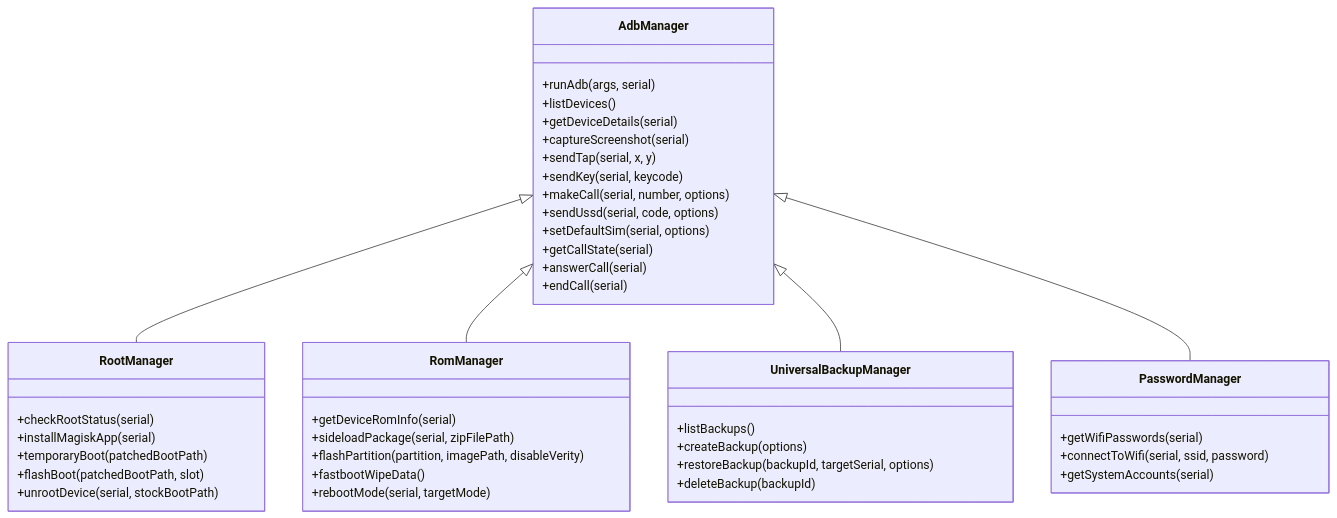
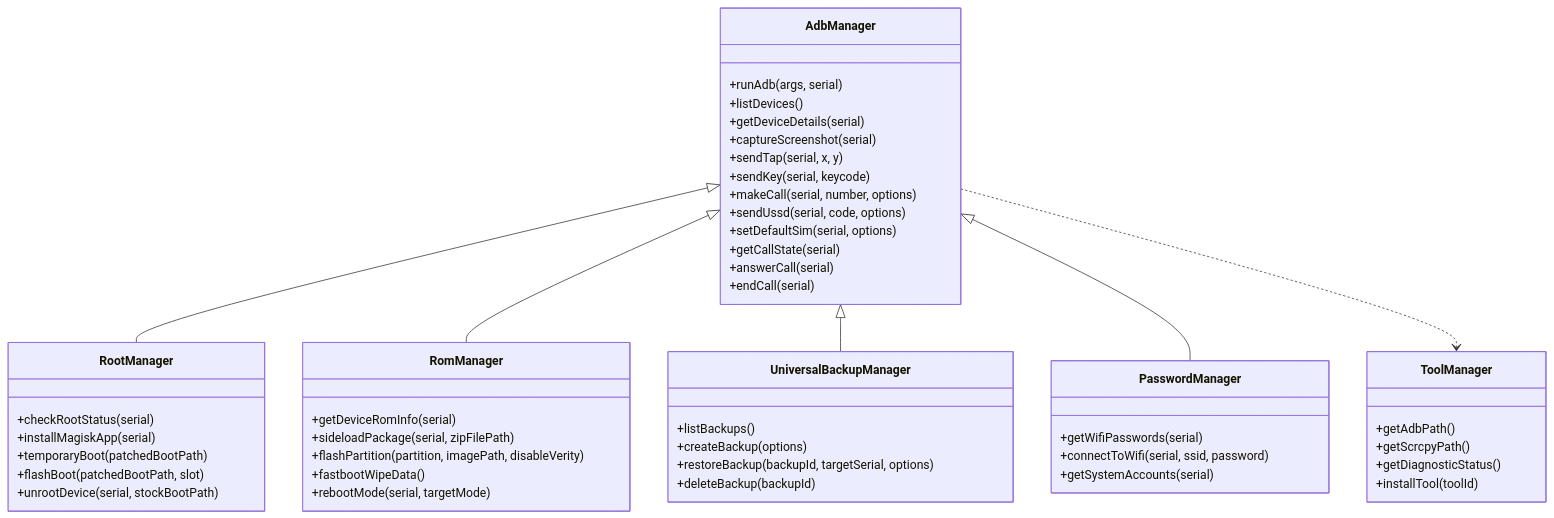
One commit to taimazus/CellPhoneManager changed the second of 2 diagrams in docs/ARCHITECTURE.md. Above: the diagram before and after it, drawn with Mermaid. The commit also changed 3 other files, not shown here.

Commit message:
docs: update comprehensive offline drivers, USSD interactive guides, and architecture specs

````diff
--- a/docs/ARCHITECTURE.md
+++ b/docs/ARCHITECTURE.md
@@ -41,51 +41,59 @@
 ```mermaid
 classDiagram
     class AdbManager {
         +runAdb(args, serial)
         +listDevices()
         +getDeviceDetails(serial)
         +captureScreenshot(serial)
         +sendTap(serial, x, y)
         +sendKey(serial, keycode)
         +makeCall(serial, number, options)
         +sendUssd(serial, code, options)
         +setDefaultSim(serial, options)
         +getCallState(serial)
         +answerCall(serial)
         +endCall(serial)
     }
 
     class RootManager {
         +checkRootStatus(serial)
         +installMagiskApp(serial)
         +temporaryBoot(patchedBootPath)
         +flashBoot(patchedBootPath, slot)
         +unrootDevice(serial, stockBootPath)
     }
 
     class RomManager {
         +getDeviceRomInfo(serial)
         +sideloadPackage(serial, zipFilePath)
         +flashPartition(partition, imagePath, disableVerity)
         +fastbootWipeData()
         +rebootMode(serial, targetMode)
     }
 
     class UniversalBackupManager {
         +listBackups()
         +createBackup(options)
         +restoreBackup(backupId, targetSerial, options)
         +deleteBackup(backupId)
     }
 
     class PasswordManager {
         +getWifiPasswords(serial)
         +connectToWifi(serial, ssid, password)
         +getSystemAccounts(serial)
     }
 
+    class ToolManager {
+        +getAdbPath()
+        +getScrcpyPath()
+        +getDiagnosticStatus()
+        +installTool(toolId)
+    }
+
     AdbManager <|-- RootManager
     AdbManager <|-- RomManager
     AdbManager <|-- UniversalBackupManager
     AdbManager <|-- PasswordManager
+    AdbManager ..> ToolManager
 ```
````
